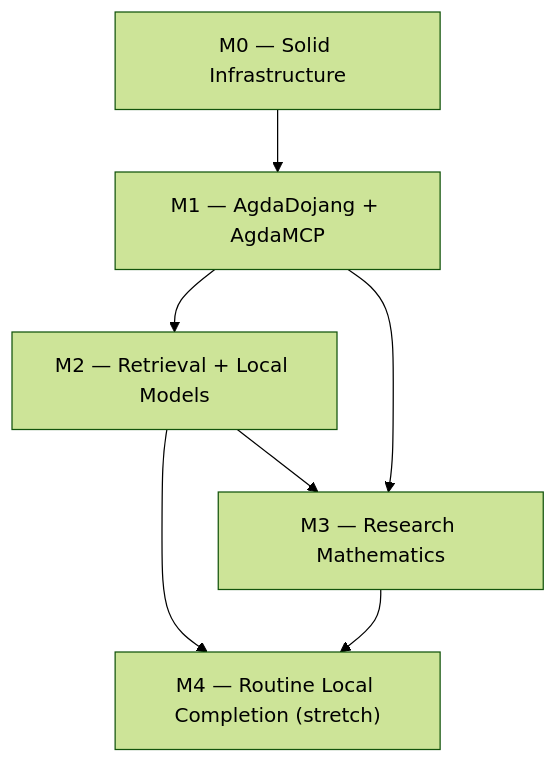
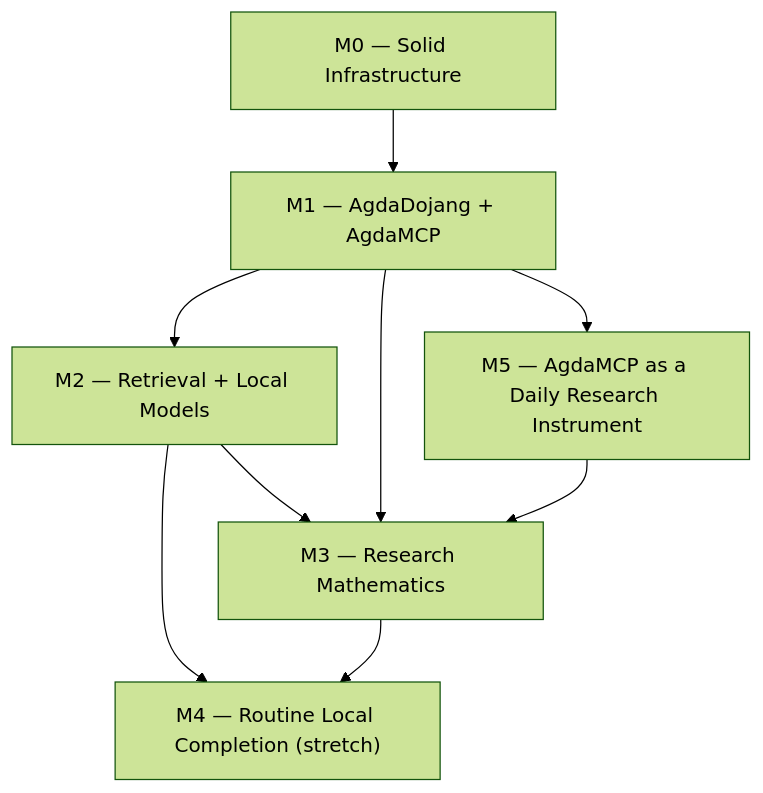
One commit to formalverification/agda-native-air changed the diagram in docs/GITHUB_PROJECT.md. Above: the diagram before and after it, drawn with Mermaid (forest theme). The commit also changed other lines of this file and 1 other file, not shown here.

````diff
--- a/docs/GITHUB_PROJECT.md
+++ b/docs/GITHUB_PROJECT.md
@@ -133,14 +145,17 @@
 ```mermaid
 graph TD
   M0["M0 — Solid Infrastructure"]
   M1["M1 — AgdaDojang + AgdaMCP"]
   M2["M2 — Retrieval + Local Models"]
   M3["M3 — Research Mathematics"]
   M4["M4 — Routine Local Completion (stretch)"]
+  M5["M5 — AgdaMCP as a Daily Research Instrument"]
   M0 --> M1
   M1 --> M2
   M2 --> M3
   M1 --> M3
   M2 --> M4
   M3 --> M4
+  M1 --> M5
+  M5 --> M3
 ```
````
